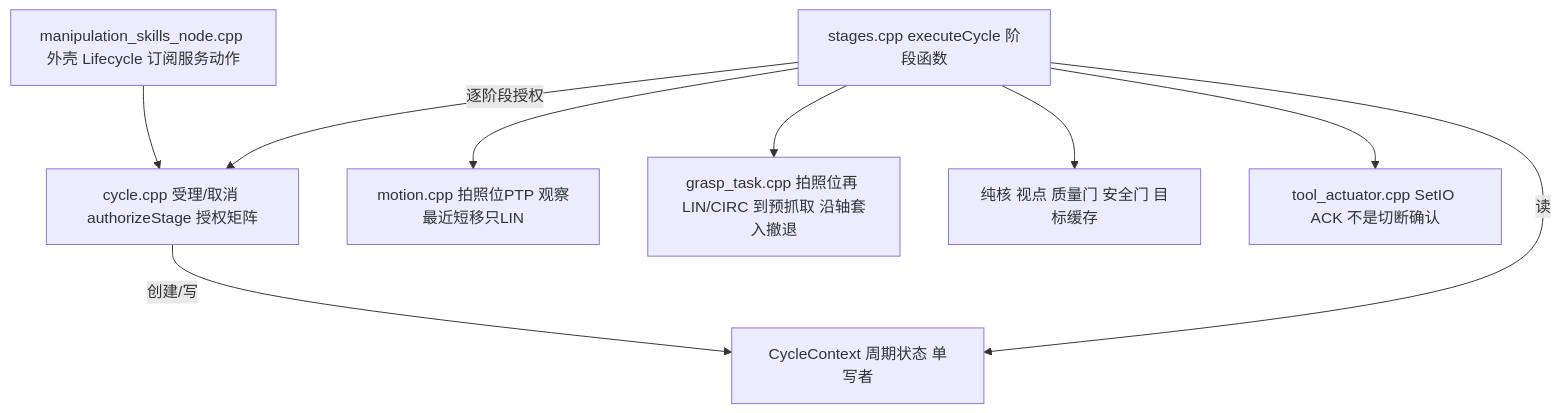
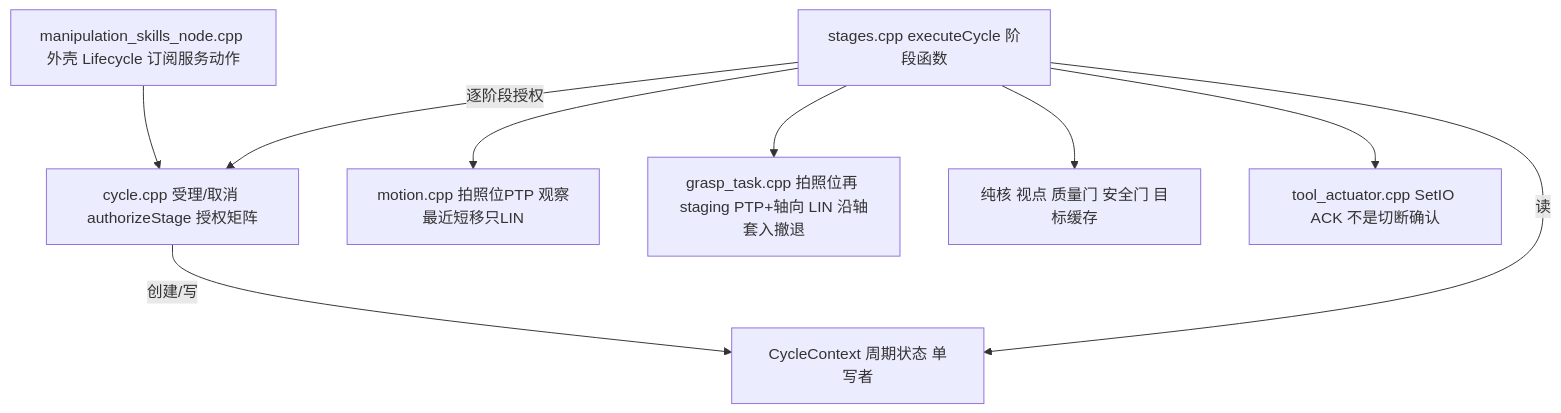
The tenth of 15 diagrams in docs/architecture.md (MUHAN11-c/aubo_boot), drawn with Mermaid before and after one commit. The commit also changed other lines of this file and 123 other files, not shown here.

````diff
--- a/docs/architecture.md
+++ b/docs/architecture.md
@@ -553,19 +553,19 @@
 ```mermaid
 flowchart TB
   node["manipulation_skills_node.cpp 外壳 Lifecycle 订阅服务动作"]
   cycle["cycle.cpp 受理/取消 authorizeStage 授权矩阵"]
   ctx["CycleContext 周期状态 单写者"]
   stages["stages.cpp executeCycle 阶段函数"]
   motion["motion.cpp 拍照位PTP 观察最近短移只LIN"]
-  mtc["grasp_task.cpp 拍照位再 LIN/CIRC 到预抓取 沿轴套入撤退"]
+  mtc["grasp_task.cpp 拍照位再 staging PTP+轴向 LIN 沿轴套入撤退"]
   core["纯核 视点 质量门 安全门 目标缓存"]
   tool["tool_actuator.cpp SetIO ACK 不是切断确认"]
   node --> cycle
   cycle -->|"创建/写"| ctx
   stages -->|"读"| ctx
   stages -->|"逐阶段授权"| cycle
   stages --> motion
   stages --> core
   stages --> mtc
   stages --> tool
 ```
````
